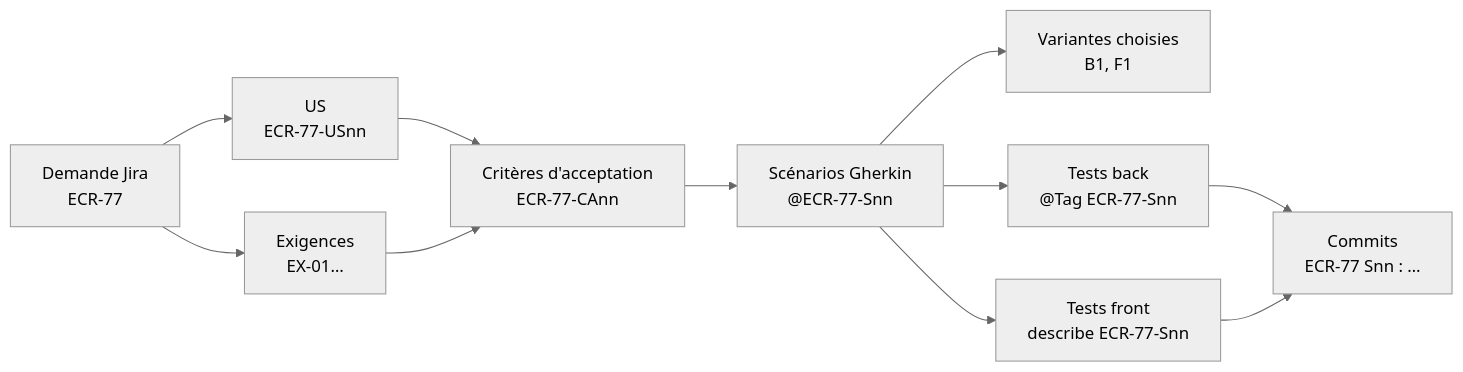
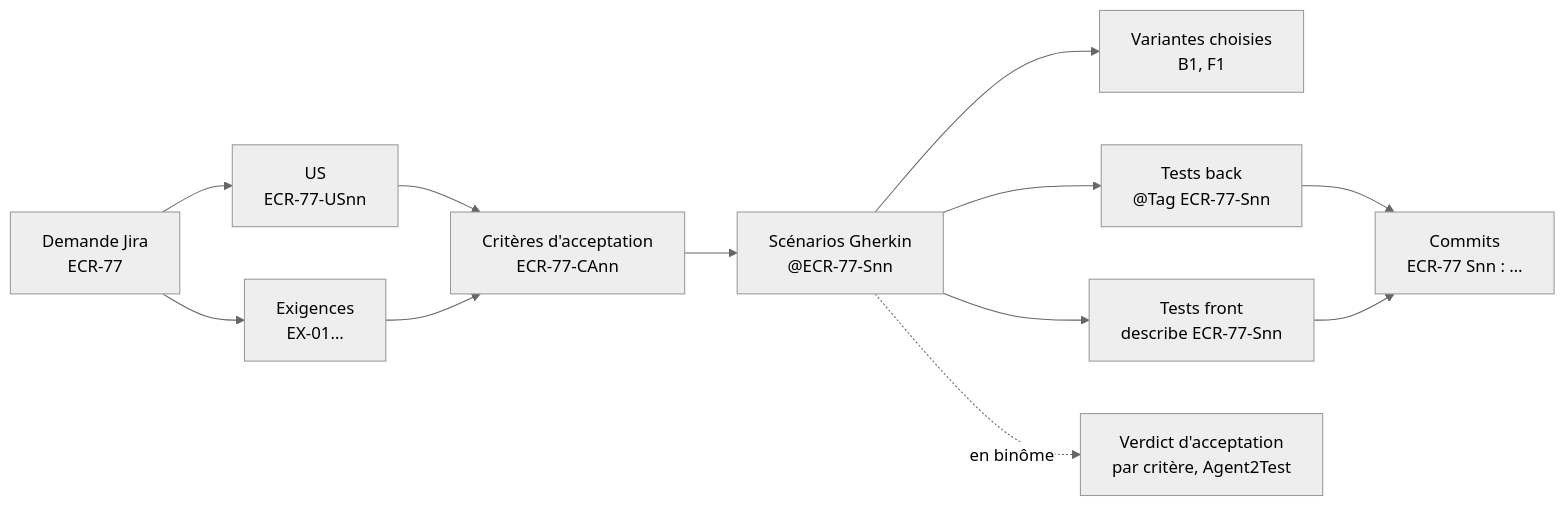
The diagram in specs/agent-tdd-jira/modules/tracabilite/SKILL.md (FredGarcia/Agent2Prompt), drawn with Mermaid (neutral theme) before and after one commit. The commit also changed other lines of this file and 36 other files, not shown here.

First line of the commit message:
spec(agent2test, agent-tdd-jira): versions 1.0.0 et 1.3.0, binôme développement et test

````diff
--- a/specs/agent-tdd-jira/modules/tracabilite/SKILL.md
+++ b/specs/agent-tdd-jira/modules/tracabilite/SKILL.md
@@ -14,13 +14,14 @@
 ```mermaid
 flowchart LR
   J["Demande Jira<br/>ECR-77"] --> US["US<br/>ECR-77-USnn"]
   US --> CA["Critères d'acceptation<br/>ECR-77-CAnn"]
   J --> EX["Exigences<br/>EX-01…"]
   EX --> CA
   CA --> S["Scénarios Gherkin<br/>@ECR-77-Snn"]
   S --> V["Variantes choisies<br/>B1, F1"]
   S --> TB["Tests back<br/>@Tag ECR-77-Snn"]
   S --> TF["Tests front<br/>describe ECR-77-Snn"]
   TB --> C["Commits<br/>ECR-77 Snn : …"]
   TF --> C
+  S -.->|"en binôme"| AT["Verdict d'acceptation<br/>par critère, Agent2Test"]
 ```
````
